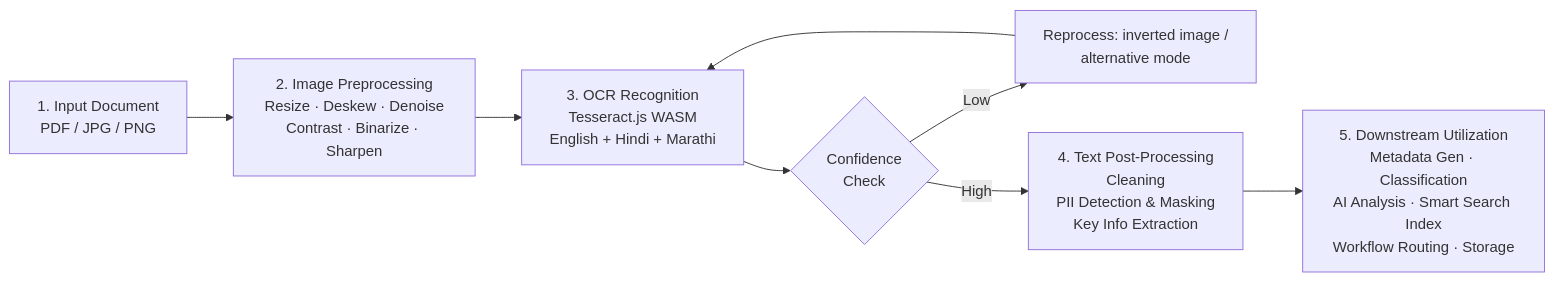
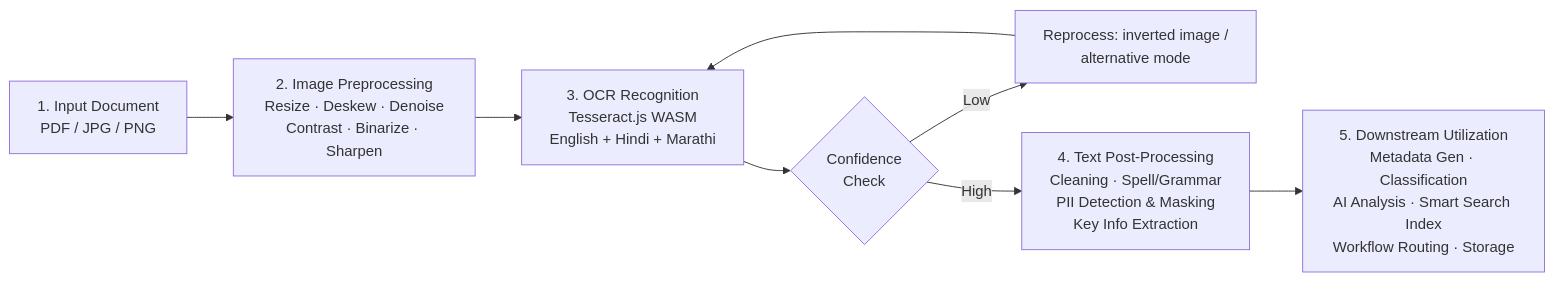
The second of 2 diagrams in README.md (Harshal-112/HackathonProject), drawn with Mermaid before and after one commit. The commit also changed other lines of this file and 4 other files, not shown here.

````diff
--- a/README.md
+++ b/README.md
@@ -257,10 +191,10 @@
 ```mermaid
 flowchart LR
     A["1. Input Document\nPDF / JPG / PNG"] --> B["2. Image Preprocessing\nResize · Deskew · Denoise\nContrast · Binarize · Sharpen"]
     B --> C["3. OCR Recognition\nTesseract.js WASM\nEnglish + Hindi + Marathi"]
     C --> D{Confidence\nCheck}
     D -->|Low| E[Reprocess: inverted image /\nalternative mode]
     E --> C
-    D -->|High| F["4. Text Post-Processing\nCleaning\nPII Detection & Masking\nKey Info Extraction"]
+    D -->|High| F["4. Text Post-Processing\nCleaning · Spell/Grammar\nPII Detection & Masking\nKey Info Extraction"]
     F --> G["5. Downstream Utilization\nMetadata Gen · Classification\nAI Analysis · Smart Search Index\nWorkflow Routing · Storage"]
 ```
````
